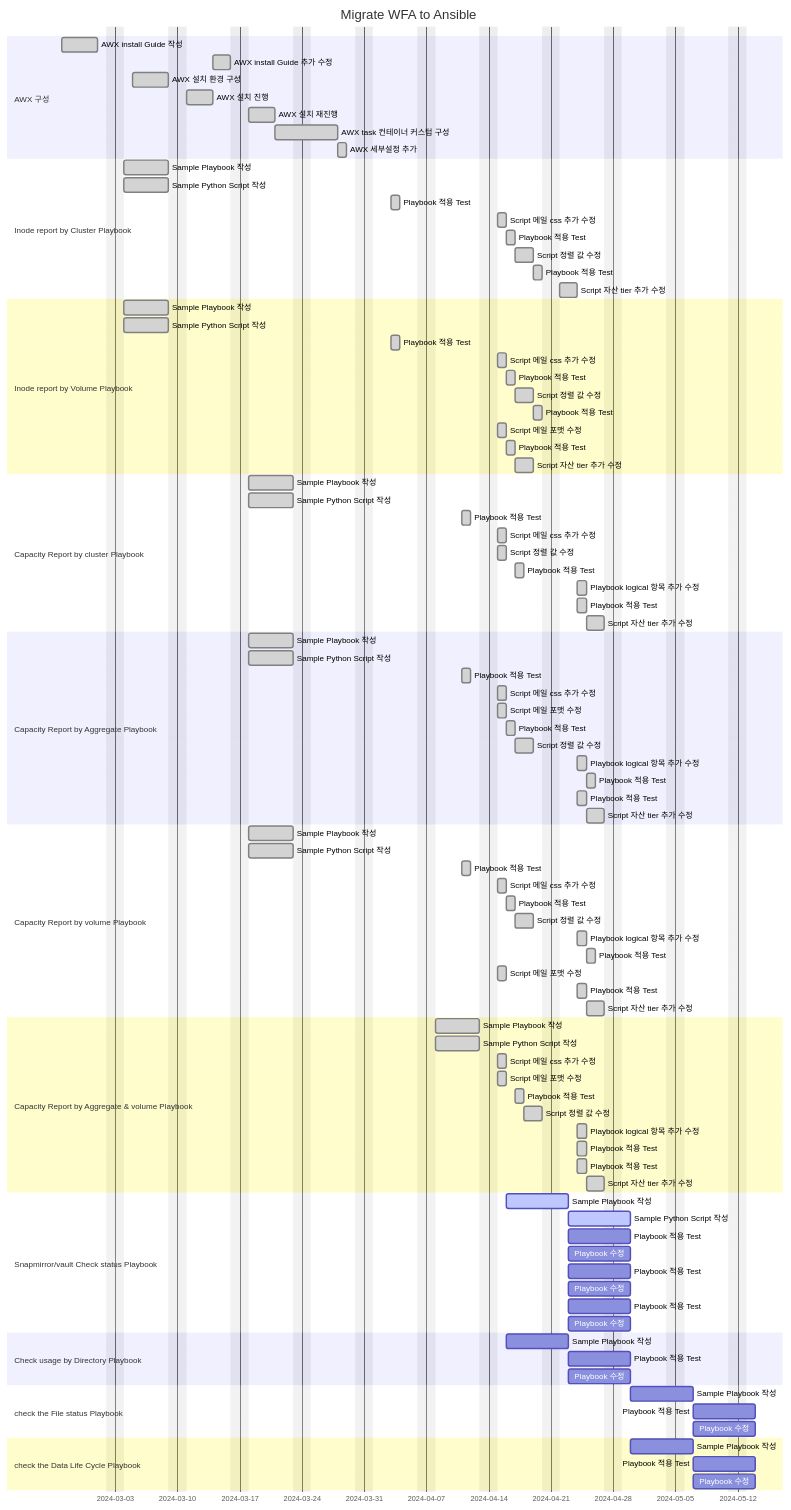
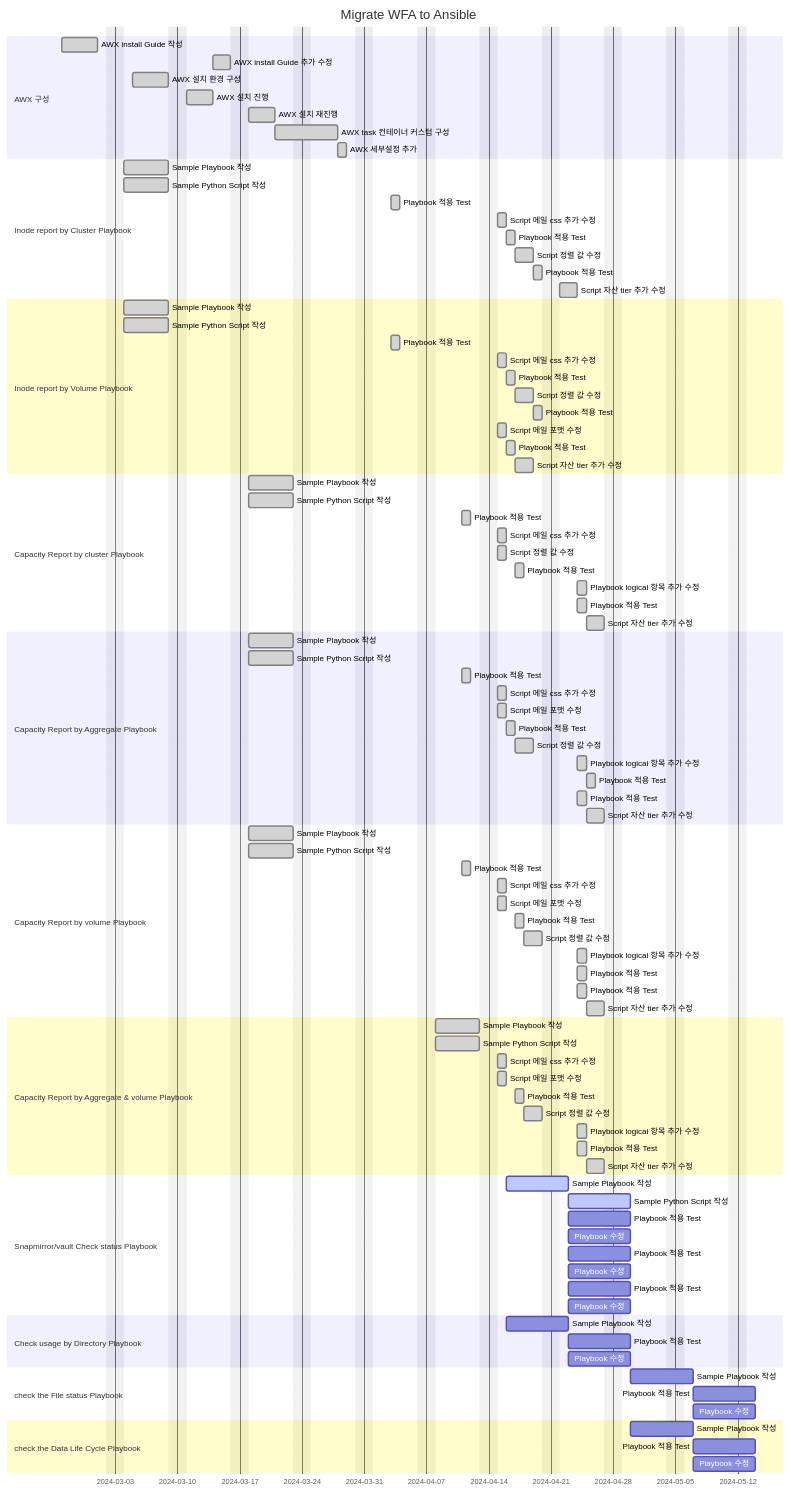
Before and after one commit to netappkr/AnsiblePlaybook: the diagram in SKHynix/Readme.md, drawn with Mermaid.

```diff
--- a/SKHynix/Readme.md
+++ b/SKHynix/Readme.md
@@ -81,88 +81,85 @@
     excludes    weekends
 
     section AWX 구성
-    AWX install Guide 작성  : done, awx1, 2024-02-26, 4d
-    AWX install Guide 추가 수정  : done, awx1-1, after awx3, 2d
-    AWX 설치 환경 구성  : done, awx2, 2024-03-05, 4d
-    AWX 설치 진행 : done, awx3, after awx2 , 3d
-    AWX 설치 재진행 : done, awx3-1, after awx1-1 , 3d
-    AWX task 컨테이너 커스텀 구성: done, awx3-2, after awx3-1, 5d
-    AWX 세부설정 추가 : done, awx4, after awx3-2, 1d
+    AWX install Guide 작성               : done, awx1, 2024-02-26, 4d
+    AWX install Guide 추가 수정          : done, awx1-1, after awx3, 2d
+    AWX 설치 환경 구성                    : done, awx2, 2024-03-05, 4d
+    AWX 설치 진행                        : done, awx3, after awx2 , 3d
+    AWX 설치 재진행                      : done, awx3-1, after awx1-1 , 3d
+    AWX task 컨테이너 커스텀 구성         : done, awx3-2, after awx3-1, 5d
+    AWX 세부설정 추가                    : done, awx4, after awx3-2, 1d
     
 
     section Inode report by Cluster Playbook
-    Sample Playbook 작성 : done, p1-1, 2024-03-04, 5d
-    Sample Python Script 작성 : done, p1-2, 2024-03-04, 5d
-    Playbook 적용 Test: done, p1-3, 2024-04-03,  1d
-    Script 메일 css 추가 수정 : done, p1-4, 2024-04-15 , 1d
-    Playbook 적용 Test: done, p1-5, after p1-4,  1d
-    Script 정렬 값 수정 : done, p1-6, after p1-5 , 2d
-    Playbook 적용 Test: done, p1-7, after p1-6,  1d
-    Script 자산 tier 추가 수정 : done, p1-8, after p1-7 , 2d
+    Sample Playbook 작성                : done, p1-1, 2024-03-04, 5d
+    Sample Python Script 작성           : done, p1-2, 2024-03-04, 5d
+    Playbook 적용 Test                  : done, p1-3, 2024-04-03,  1d
+    Script 메일 css 추가 수정            : done, p1-4, 2024-04-15 , 1d
+    Playbook 적용 Test                  : done, p1-5, after p1-4,  1d
+    Script 정렬 값 수정                 : done, p1-6, after p1-5 , 2d
+    Playbook 적용 Test                  : done, p1-7, after p1-6,  1d
+    Script 자산 tier 추가 수정           : done, p1-8, after p1-7 , 2d
 
     section Inode report by Volume Playbook
-    Sample Playbook 작성 : done, p2-1, 2024-03-04, 5d
-    Sample Python Script 작성 : done, p2-2, 2024-03-04, 5d
-    Playbook 적용 Test: done, p2-3, 2024-04-03,  1d
-    Script 메일 css 추가 수정 : done, p2-4, 2024-04-15 , 1d
-    Playbook 적용 Test: done, p2-5, after p2-4,  1d
-    Script 정렬 값 수정 : done, p2-6, after p2-5 , 2d
-    Playbook 적용 Test: done, p2-7, after p2-6,  1d
-    Script 메일 포맷 수정 : done, p2-8, 2024-04-15 , 1d
-    Playbook 적용 Test: done, p2-9, after p2-8,  1d
-    Script 자산 tier 추가 수정 : done, p2-10, after p2-9 , 2d
+    Sample Playbook 작성                : done, p2-1, 2024-03-04, 5d
+    Sample Python Script 작성           : done, p2-2, 2024-03-04, 5d
+    Playbook 적용 Test                  : done, p2-3, 2024-04-03,  1d
+    Script 메일 css 추가 수정           : done, p2-4, 2024-04-15 , 1d
+    Playbook 적용 Test                  : done, p2-5, after p2-4,  1d
+    Script 정렬 값 수정                 : done, p2-6, after p2-5 , 2d
+    Playbook 적용 Test                  : done, p2-7, after p2-6,  1d
+    Script 메일 포맷 수정               : done, p2-8, 2024-04-15 , 1d
+    Playbook 적용 Test                  : done, p2-9, after p2-8,  1d
+    Script 자산 tier 추가 수정          : done, p2-10, after p2-9 , 2d
 
     section Capacity Report by cluster Playbook
-    Sample Playbook 작성 : done, p3-1, 2024-03-18, 5d
-    Sample Python Script 작성 : done, p3-2, 2024-03-18, 5d
-    Playbook 적용 Test: done, p3-3, 2024-04-11,  1d
-    Script 메일 css 추가 수정 : done, p3-4, 2024-04-15 , 1d
-    Script 정렬 값 수정 : done, p3-5, 2024-04-15 , 1d
-    Playbook 적용 Test: done, p3-6, 2024-04-17,  1d
-    Playbook logical 항목 추가 수정: done, p3-7, 2024-04-24,  1d
-    Playbook 적용 Test: done, p3-8, 2024-04-24,  1d
-    Script 자산 tier 추가 수정 : done, p3-09, 2024-04-25 , 2d
+    Sample Playbook 작성                : done, p3-1, 2024-03-18, 5d
+    Sample Python Script 작성           : done, p3-2, 2024-03-18, 5d
+    Playbook 적용 Test                  : done, p3-3, 2024-04-11,  1d
+    Script 메일 css 추가 수정            : done, p3-4, 2024-04-15 , 1d
+    Script 정렬 값 수정                  : done, p3-5, 2024-04-15 , 1d
+    Playbook 적용 Test                  : done, p3-6, 2024-04-17,  1d
+    Playbook logical 항목 추가 수정      : done, p3-7, 2024-04-24,  1d
+    Playbook 적용 Test                  : done, p3-8, 2024-04-24,  1d
+    Script 자산 tier 추가 수정          : done, p3-09, 2024-04-25 , 2d
 
     section Capacity Report by Aggregate Playbook
-    Sample Playbook 작성 : done, p4-1, 2024-03-18, 5d
-    Sample Python Script 작성 : done, p4-2, 2024-03-18, 5d
-    Playbook 적용 Test: done, p4-3, 2024-04-11,  1d
-    Script 메일 css 추가 수정 : done, p4-4, 2024-04-15 , 1d
-    Script 메일 포맷 수정 : done, p4-5, 2024-04-15 , 1d
-    Playbook 적용 Test: done, p4-6, after p4-5,  1d
-    Script 정렬 값 수정 : done, p4-7, after p4-6 , 2d
-    Playbook logical 항목 추가 수정: done, p4-8, 2024-04-24,  1d
-    Playbook 적용 Test: done, p4-9, after p4-8,  1d
+    Sample Playbook 작성                : done, p4-1, 2024-03-18, 5d
+    Sample Python Script 작성           : done, p4-2, 2024-03-18, 5d
+    Playbook 적용 Test                  : done, p4-3, 2024-04-11,  1d
+    Script 메일 css 추가 수정            : done, p4-4, 2024-04-15 , 1d
+    Script 메일 포맷 수정                : done, p4-5, 2024-04-15 , 1d
+    Playbook 적용 Test                  : done, p4-6, after p4-5,  1d
+    Script 정렬 값 수정                 : done, p4-7, after p4-6 , 2d
+    Playbook logical 항목 추가 수정     : done, p4-8, 2024-04-24,  1d
+    Playbook 적용 Test                  : done, p4-9, after p4-8,  1d
     
     Playbook 적용 Test: done, p4-10, 2024-04-24,  1d
     Script 자산 tier 추가 수정 : done, p4-11, 2024-04-25 , 2d
 
     section Capacity Report by volume Playbook
-    Sample Playbook 작성 : done, p5-1, 2024-03-18, 5d
-    Sample Python Script 작성 : done, p5-2, 2024-03-18, 5d
-    Playbook 적용 Test: done, p5-3, 2024-04-11,  1d
-    Script 메일 css 추가 수정 : done, p5-4, 2024-04-15 , 1d
-    Playbook 적용 Test: done, p5-5, after p5-4,  1d
-    Script 정렬 값 수정 : done, p5-6, after p5-5 , 2d
-    Playbook logical 항목 추가 수정: done, p5-7, 2024-04-24,  1d
-    Playbook 적용 Test: done, p5-8, after p5-7,  1d
-    Script 메일 포맷 수정 : done, p5-9, 2024-04-15 , 1d
-    Playbook 적용 Test: done, p5-10, 2024-04-24,  1d
-    Script 자산 tier 추가 수정 : done, p5-11, 2024-04-25 , 2d
+    Sample Playbook 작성                : done, p5-1, 2024-03-18 , 5d
+    Sample Python Script 작성           : done, p5-2, 2024-03-18 , 5d
+    Playbook 적용 Test                  : done, p5-3, 2024-04-11 , 1d
+    Script 메일 css 추가 수정            : done, p5-4, 2024-04-15 , 1d
+    Script 메일 포맷 수정                : done, p5-5, 2024-04-15 , 1d
+    Playbook 적용 Test                  : done, p5-6, 2024-04-17 , 1d
+    Script 정렬 값 수정                  : done, p5-7, 2024-04-18 , 2d
+    Playbook logical 항목 추가 수정      : done, p5-8, 2024-04-24 , 1d
+    Playbook 적용 Test                  : done, p5-9, 2024-04-24 , 1d
+    Playbook 적용 Test                  : done, p5-10, 2024-04-24, 1d
+    Script 자산 tier 추가 수정           : done, p5-11, 2024-04-25 , 2d
 
     section Capacity Report by Aggregate & volume Playbook
-    Sample Playbook 작성            : done, p6-1, 2024-04-08, 5d
-    Sample Python Script 작성       : done, p6-2, 2024-04-08, 5d
+    Sample Playbook 작성            : done, p6-1, 2024-04-08 , 5d
+    Sample Python Script 작성       : done, p6-2, 2024-04-08 , 5d
     Script 메일 css 추가 수정        : done, p6-3, 2024-04-15 , 1d
     Script 메일 포맷 수정            : done, p6-4, 2024-04-15 , 1d
-    Playbook 적용 Test              : done, p6-5, 2024-04-17,  1d
+    Playbook 적용 Test              : done, p6-5, 2024-04-17 , 1d
     Script 정렬 값 수정             : done, p6-6, 2024-04-18 , 2d
-    Playbook logical 항목 추가 수정  : done, p6-7, 2024-04-24,  1d
-    Playbook 적용 Test              : done, p6-8, 2024-04-24,  1d
-    
-    
-    Playbook 적용 Test: done, p6-9, 2024-04-24,  1d
-    Script 자산 tier 추가 수정 : done, p6-10, 2024-04-25 , 2d
+    Playbook logical 항목 추가 수정  : done, p6-7, 2024-04-24 , 1d
+    Playbook 적용 Test              : done, p6-8, 2024-04-24 , 1d
+    Script 자산 tier 추가 수정       : done, p6-9, 2024-04-25 , 2d
 
     section Snapmirror/vault Check status Playbook
     Sample Playbook 작성 : active, p6-1, after p4-4, 5d
```
